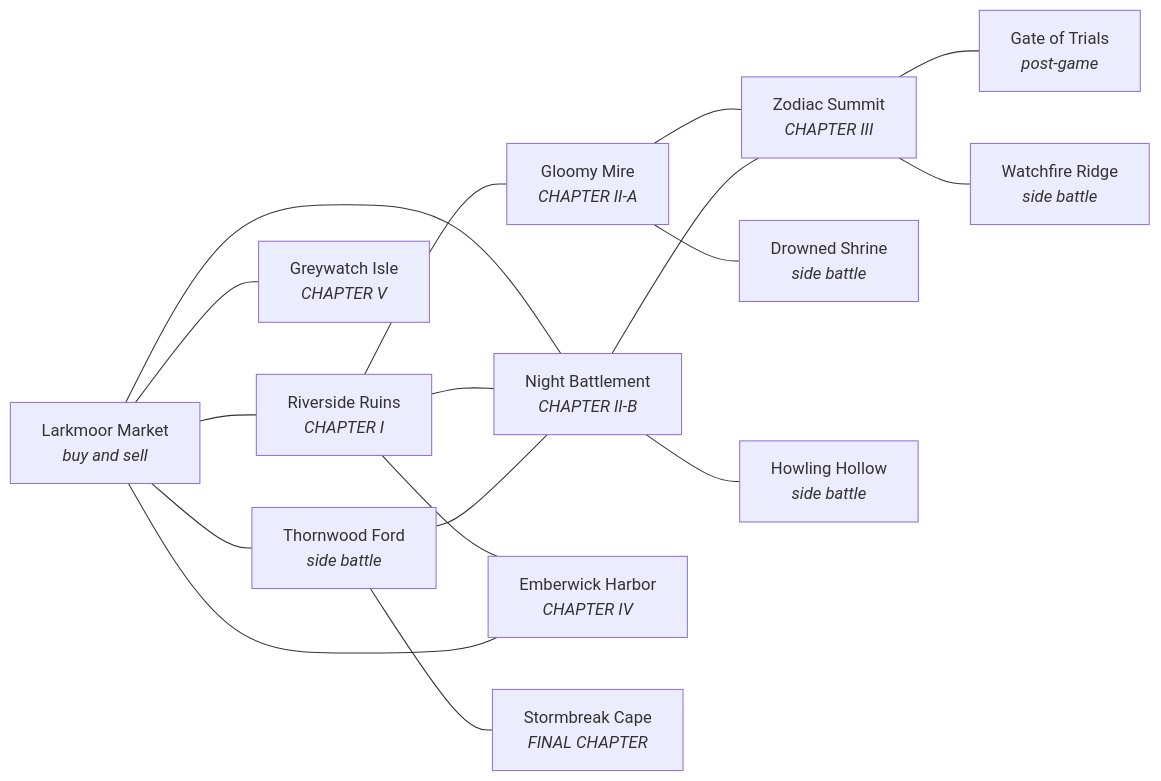
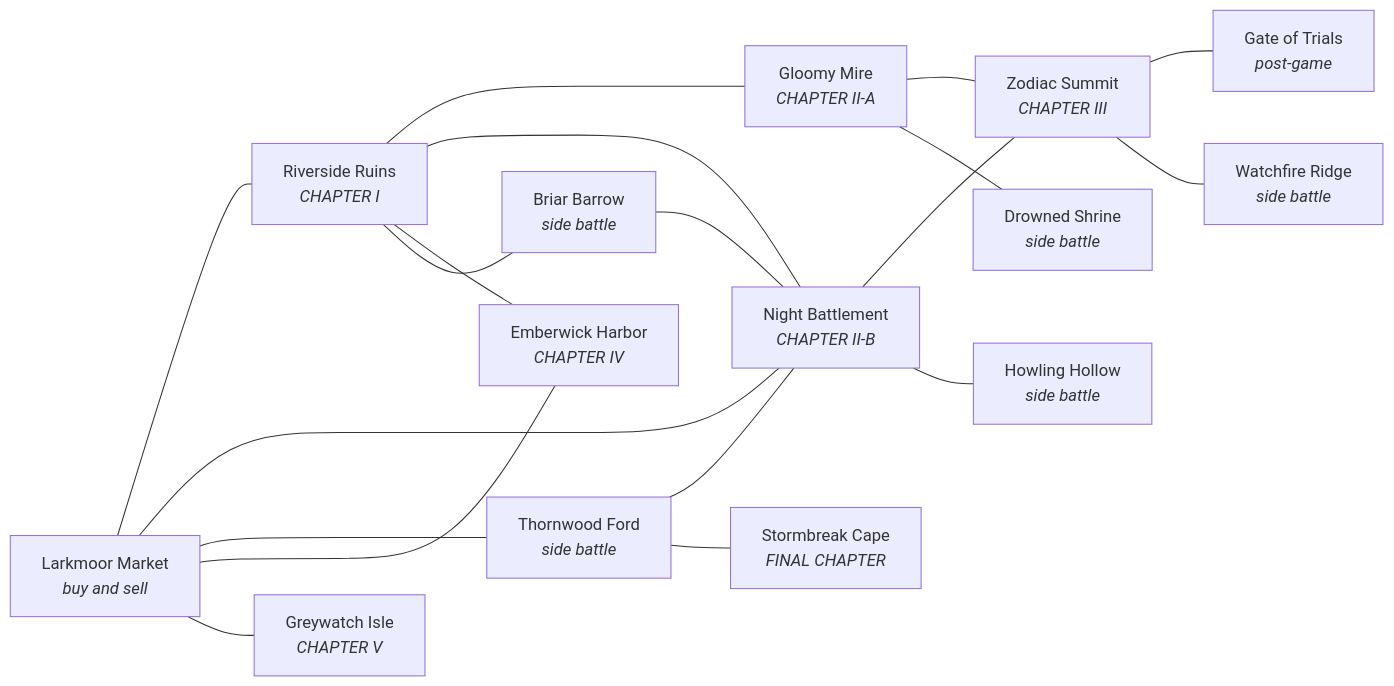
Before and after one commit to CptNope/Chess-RPG-Tactics: the third of 4 diagrams in docs/CONTENT_REFERENCE.md, drawn with Mermaid. The commit also changed other lines of this file and 22 other files, not shown here.

First line of the commit message:
0.32.0: new beasts: Basilisk, Bone Knight, Thornling; the Briar Barrow

````diff
--- a/docs/CONTENT_REFERENCE.md
+++ b/docs/CONTENT_REFERENCE.md
@@ -619,32 +653,35 @@
 ```mermaid
 flowchart LR
   market["Larkmoor Market<br/><i>buy and sell</i>"]
   ruins["Riverside Ruins<br/><i>CHAPTER I</i>"]
   mire["Gloomy Mire<br/><i>CHAPTER II-A</i>"]
   battlement["Night Battlement<br/><i>CHAPTER II-B</i>"]
   summit["Zodiac Summit<br/><i>CHAPTER III</i>"]
   trials["Gate of Trials<br/><i>post-game</i>"]
   harbor["Emberwick Harbor<br/><i>CHAPTER IV</i>"]
   isle["Greywatch Isle<br/><i>CHAPTER V</i>"]
   cape["Stormbreak Cape<br/><i>FINAL CHAPTER</i>"]
   thornwood["Thornwood Ford<br/><i>side battle</i>"]
   shrine["Drowned Shrine<br/><i>side battle</i>"]
   ridge["Watchfire Ridge<br/><i>side battle</i>"]
   hollow["Howling Hollow<br/><i>side battle</i>"]
+  barrow["Briar Barrow<br/><i>side battle</i>"]
   market --- ruins
   market --- battlement
   ruins --- mire
   ruins --- battlement
   mire --- summit
   battlement --- summit
   summit --- trials
   market --- thornwood
   thornwood --- battlement
   mire --- shrine
   summit --- ridge
   ruins --- harbor
   market --- harbor
   market --- isle
   thornwood --- cape
   battlement --- hollow
+  ruins --- barrow
+  barrow --- battlement
 ```
````
